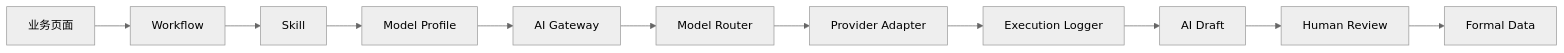
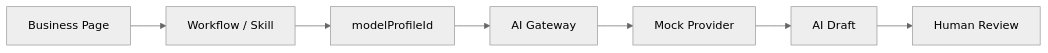
Before and after one commit to 27ruien/ProjectAI: the third of 3 diagrams in docs/ARCHITECTURE.md, drawn with Mermaid (neutral theme). The commit also changed other lines of this file and 80 other files, not shown here.

````diff
--- a/docs/ARCHITECTURE.md
+++ b/docs/ARCHITECTURE.md
@@ -44,13 +106,9 @@
 ```mermaid
 flowchart LR
-  A["业务页面"] --> B["Workflow"]
-  B --> C["Skill"]
-  C --> D["Model Profile"]
-  D --> E["AI Gateway"]
-  E --> F["Model Router"]
-  F --> G["Provider Adapter"]
-  G --> H["Execution Logger"]
-  H --> I["AI Draft"]
-  I --> J["Human Review"]
-  J --> K["Formal Data"]
+  A["Business Page"] --> B["Workflow / Skill"]
+  B --> C["modelProfileId"]
+  C --> D["AI Gateway"]
+  D --> E["Mock Provider"]
+  E --> F["AI Draft"]
+  F --> G["Human Review"]
 ```
````
